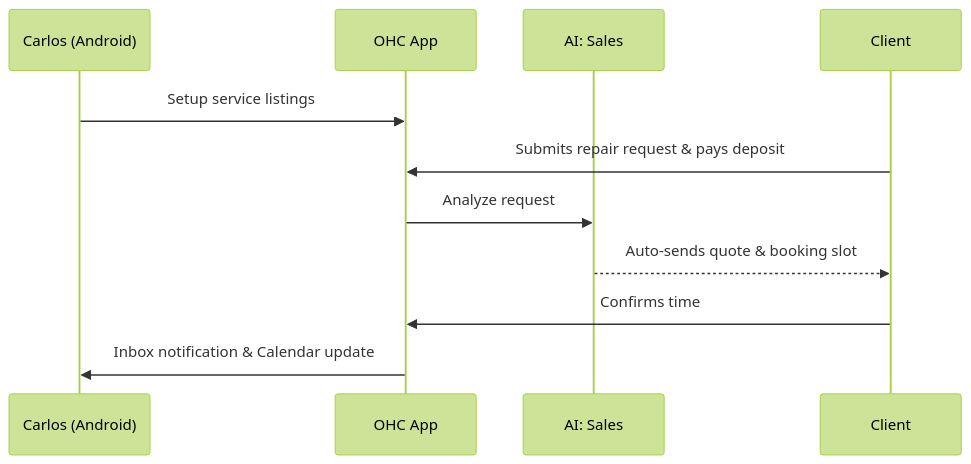
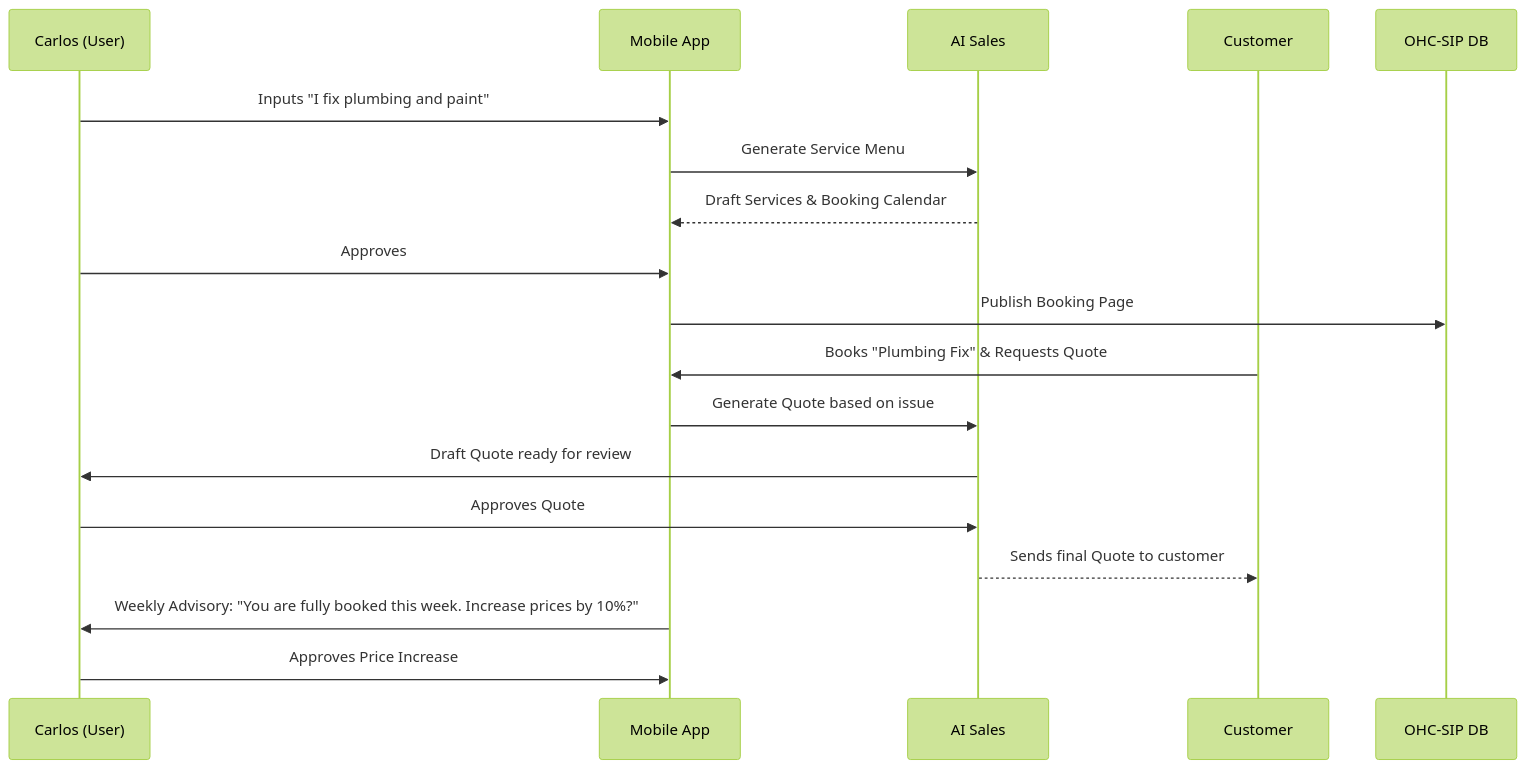
One commit to omnisolo-llc/onehumancorp changed the second of 5 diagrams in .agent-task/report/task_output.md. Above: the diagram before and after it, drawn with Mermaid (forest theme). The commit also changed other lines of this file, not shown here.

First line of the commit message:
Add Business Journey Architecture research report

````diff
--- a/.agent-task/report/task_output.md
+++ b/.agent-task/report/task_output.md
@@ -60,14 +118,26 @@
 ```mermaid
 sequenceDiagram
-    participant Carlos as Carlos (Android)
-    participant OHC as OHC App
-    participant AI_Sales as AI: Sales
-    participant Customer as Client
+    participant C as Carlos (User)
+    participant App as Mobile App
+    participant AI_S as AI Sales
+    participant Cust as Customer
+    participant DB as OHC-SIP DB
 
-    Carlos->>OHC: Setup service listings
-    Customer->>OHC: Submits repair request & pays deposit
-    OHC->>AI_Sales: Analyze request
-    AI_Sales-->>Customer: Auto-sends quote & booking slot
-    Customer->>OHC: Confirms time
-    OHC->>Carlos: Inbox notification & Calendar update
+    %% Onboarding
+    C->>App: Inputs "I fix plumbing and paint"
+    App->>AI_S: Generate Service Menu
+    AI_S-->>App: Draft Services & Booking Calendar
+    C->>App: Approves
+    App->>DB: Publish Booking Page
+
+    %% Activation
+    Cust->>App: Books "Plumbing Fix" & Requests Quote
+    App->>AI_S: Generate Quote based on issue
+    AI_S->>C: Draft Quote ready for review
+    C->>AI_S: Approves Quote
+    AI_S-->>Cust: Sends final Quote to customer
+
+    %% Retention
+    App->>C: Weekly Advisory: "You are fully booked this week. Increase prices by 10%?"
+    C->>App: Approves Price Increase
 ```
````
